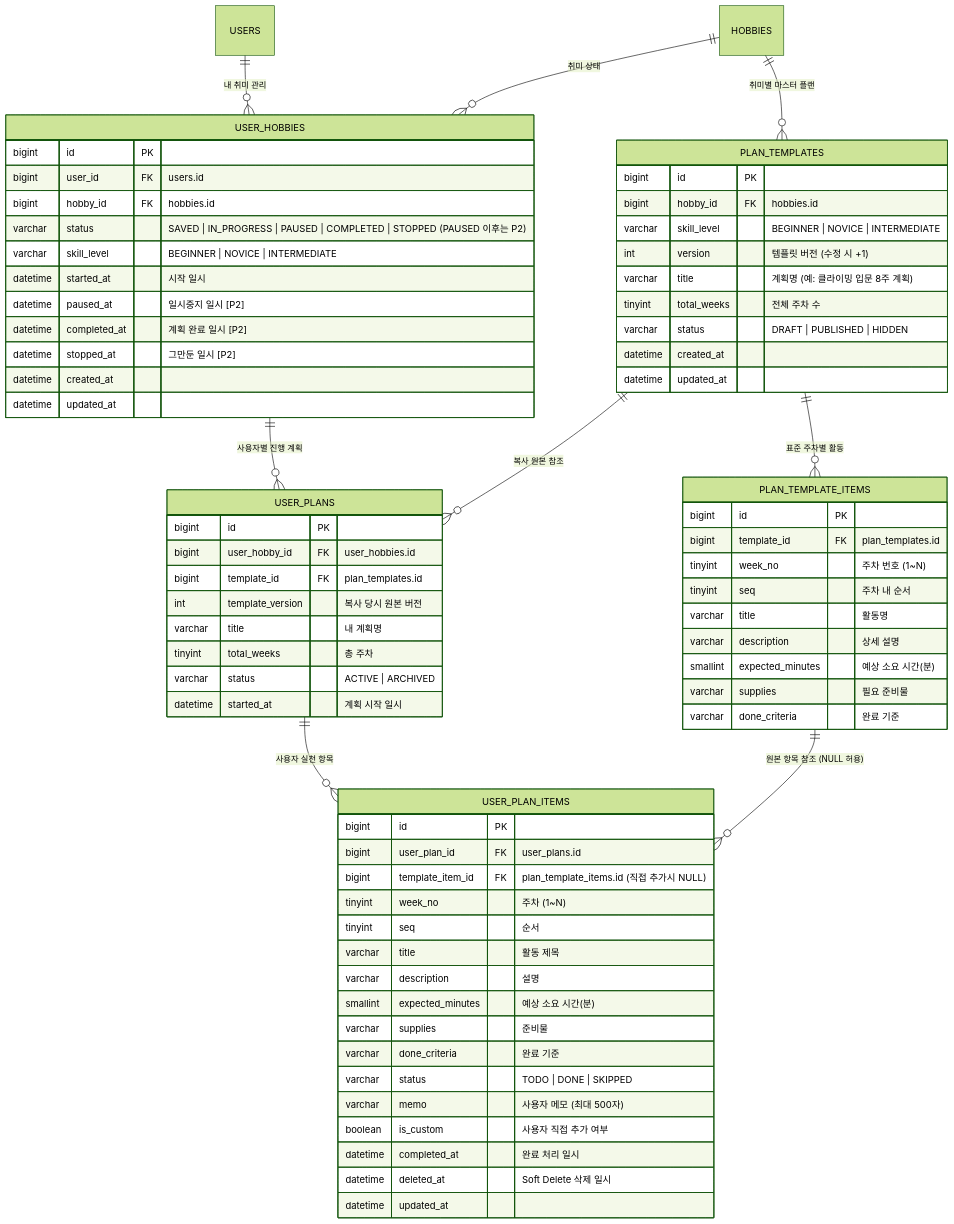
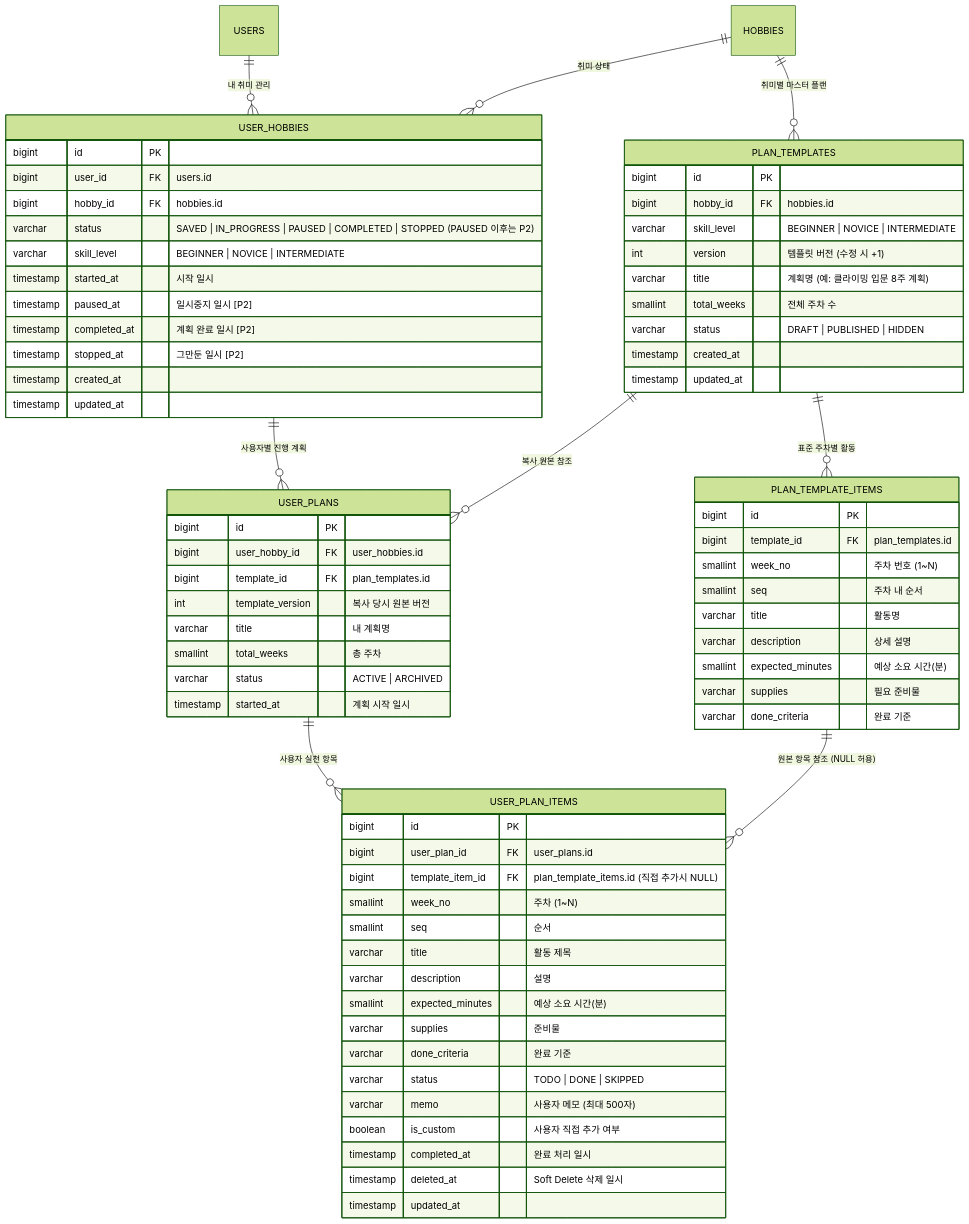
One commit to MinBeom2/NyamNyamHobby changed the sixth of 8 diagrams in repo/docs/db/ERD.md. Above: the diagram before and after it, drawn with Mermaid (forest theme). The commit also changed other lines of this file and 7 other files, not shown here.

````diff
--- a/repo/docs/db/ERD.md
+++ b/repo/docs/db/ERD.md
@@ -356,79 +357,79 @@
 ```mermaid
 erDiagram
     USERS ||--o{ USER_HOBBIES : "내 취미 관리"
     HOBBIES ||--o{ USER_HOBBIES : "취미 상태"
     HOBBIES ||--o{ PLAN_TEMPLATES : "취미별 마스터 플랜"
     PLAN_TEMPLATES ||--o{ PLAN_TEMPLATE_ITEMS : "표준 주차별 활동"
     USER_HOBBIES ||--o{ USER_PLANS : "사용자별 진행 계획"
     PLAN_TEMPLATES ||--o{ USER_PLANS : "복사 원본 참조"
     USER_PLANS ||--o{ USER_PLAN_ITEMS : "사용자 실천 항목"
     PLAN_TEMPLATE_ITEMS ||--o{ USER_PLAN_ITEMS : "원본 항목 참조 (NULL 허용)"
 
     USER_HOBBIES {
         bigint id PK
         bigint user_id FK "users.id"
         bigint hobby_id FK "hobbies.id"
         varchar status "SAVED | IN_PROGRESS | PAUSED | COMPLETED | STOPPED (PAUSED 이후는 P2)"
         varchar skill_level "BEGINNER | NOVICE | INTERMEDIATE"
-        datetime started_at "시작 일시"
-        datetime paused_at "일시중지 일시 [P2]"
-        datetime completed_at "계획 완료 일시 [P2]"
-        datetime stopped_at "그만둔 일시 [P2]"
-        datetime created_at
-        datetime updated_at
+        timestamp started_at "시작 일시"
+        timestamp paused_at "일시중지 일시 [P2]"
+        timestamp completed_at "계획 완료 일시 [P2]"
+        timestamp stopped_at "그만둔 일시 [P2]"
+        timestamp created_at
+        timestamp updated_at
     }
 
     PLAN_TEMPLATES {
         bigint id PK
         bigint hobby_id FK "hobbies.id"
         varchar skill_level "BEGINNER | NOVICE | INTERMEDIATE"
         int version "템플릿 버전 (수정 시 +1)"
         varchar title "계획명 (예: 클라이밍 입문 8주 계획)"
-        tinyint total_weeks "전체 주차 수"
+        smallint total_weeks "전체 주차 수"
         varchar status "DRAFT | PUBLISHED | HIDDEN"
-        datetime created_at
-        datetime updated_at
+        timestamp created_at
+        timestamp updated_at
     }
 
     PLAN_TEMPLATE_ITEMS {
         bigint id PK
         bigint template_id FK "plan_templates.id"
-        tinyint week_no "주차 번호 (1~N)"
-        tinyint seq "주차 내 순서"
+        smallint week_no "주차 번호 (1~N)"
+        smallint seq "주차 내 순서"
         varchar title "활동명"
         varchar description "상세 설명"
         smallint expected_minutes "예상 소요 시간(분)"
         varchar supplies "필요 준비물"
         varchar done_criteria "완료 기준"
     }
 
     USER_PLANS {
         bigint id PK
         bigint user_hobby_id FK "user_hobbies.id"
         bigint template_id FK "plan_templates.id"
         int template_version "복사 당시 원본 버전"
         varchar title "내 계획명"
-        tinyint total_weeks "총 주차"
+        smallint total_weeks "총 주차"
         varchar status "ACTIVE | ARCHIVED"
-        datetime started_at "계획 시작 일시"
+        timestamp started_at "계획 시작 일시"
     }
 
     USER_PLAN_ITEMS {
         bigint id PK
         bigint user_plan_id FK "user_plans.id"
         bigint template_item_id FK "plan_template_items.id (직접 추가시 NULL)"
-        tinyint week_no "주차 (1~N)"
-        tinyint seq "순서"
+        smallint week_no "주차 (1~N)"
+        smallint seq "순서"
         varchar title "활동 제목"
         varchar description "설명"
         smallint expected_minutes "예상 소요 시간(분)"
         varchar supplies "준비물"
         varchar done_criteria "완료 기준"
         varchar status "TODO | DONE | SKIPPED"
         varchar memo "사용자 메모 (최대 500자)"
         boolean is_custom "사용자 직접 추가 여부"
-        datetime completed_at "완료 처리 일시"
-        datetime deleted_at "Soft Delete 삭제 일시"
-        datetime updated_at
+        timestamp completed_at "완료 처리 일시"
+        timestamp deleted_at "Soft Delete 삭제 일시"
+        timestamp updated_at
     }
 ```
````
